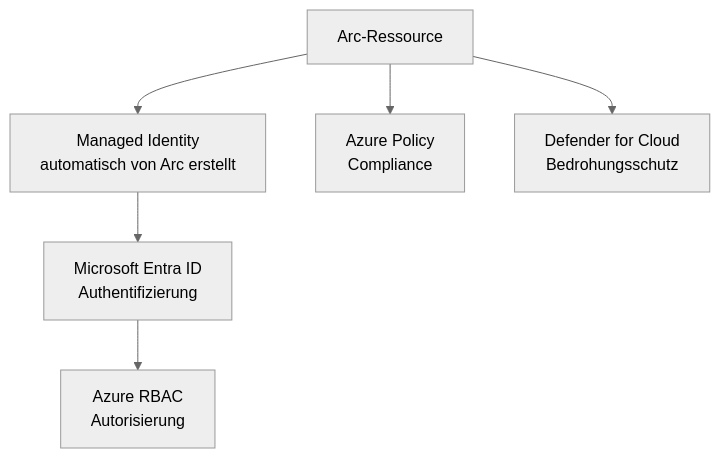
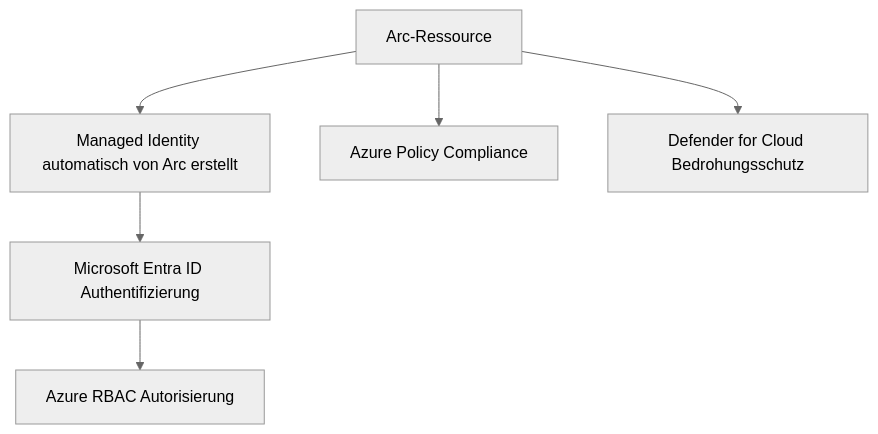
One commit to SoniiiT/notes-n-docs changed the seventh of 7 diagrams in Microsoft 365/Azure/Arc/Azure Arc Grundlagen.md. Above: the diagram before and after it, drawn with Mermaid (neutral theme). The commit also changed other lines of this file and 124 other files, not shown here.

First line of the commit message:
fix: Entferne \n aus allen Mermaid-Diagrammen (125 Dateien)

````diff
--- a/Microsoft 365/Azure/Arc/Azure Arc Grundlagen.md
+++ b/Microsoft 365/Azure/Arc/Azure Arc Grundlagen.md
@@ -375,15 +375,15 @@
 ```mermaid
 graph TD
     RESOURCE[Arc-Ressource]
-    IDENTITY[Managed Identity\nautomatisch von Arc erstellt]
-    ENTRA[Microsoft Entra ID\nAuthentifizierung]
-    RBAC[Azure RBAC\nAutorisierung]
-    POLICY[Azure Policy\nCompliance]
-    DEFENDER[Defender for Cloud\nBedrohungsschutz]
+    IDENTITY[Managed Identity automatisch von Arc erstellt]
+    ENTRA[Microsoft Entra ID Authentifizierung]
+    RBAC[Azure RBAC Autorisierung]
+    POLICY[Azure Policy Compliance]
+    DEFENDER[Defender for Cloud Bedrohungsschutz]
 
     RESOURCE --> IDENTITY
     IDENTITY --> ENTRA
     ENTRA --> RBAC
     RESOURCE --> POLICY
     RESOURCE --> DEFENDER
 ```
````
